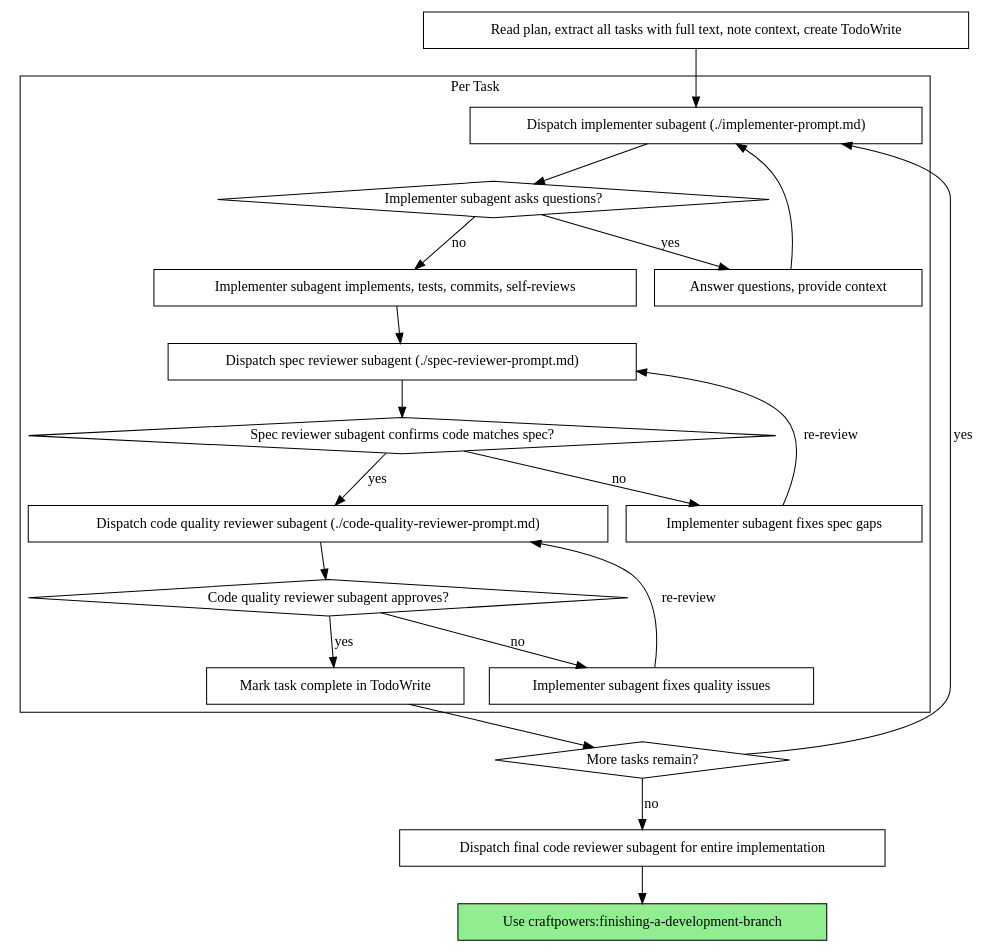
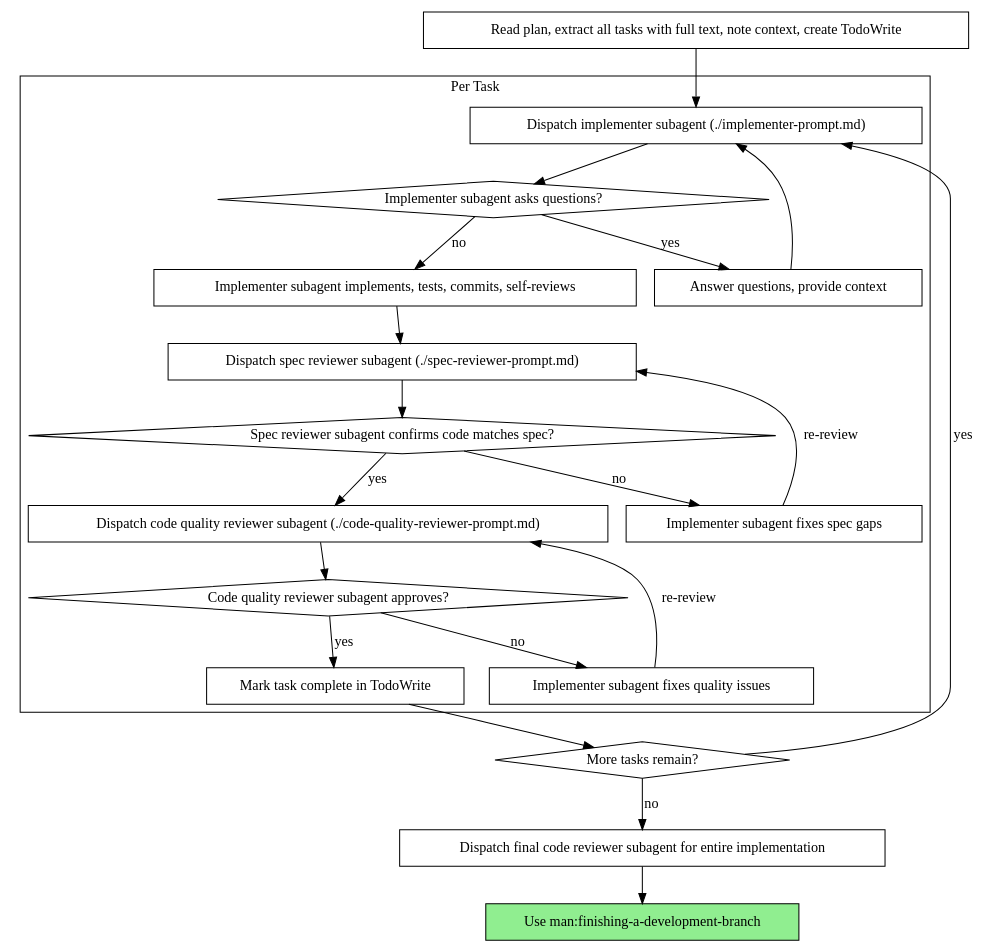
The second of 2 diagrams in skills/subagent-driven-development/SKILL.md (anhdt19942020/craftpowers), drawn with Graphviz before and after one commit. The commit also changed other lines of this file and 47 other files, not shown here.

First line of the commit message:
feat!: rename plugin namespace craftpowers/superpowers -> man

````diff
--- a/skills/subagent-driven-development/SKILL.md
+++ b/skills/subagent-driven-development/SKILL.md
@@ -43,44 +43,44 @@
 ```dot
 digraph process {
     rankdir=TB;
 
     subgraph cluster_per_task {
         label="Per Task";
         "Dispatch implementer subagent (./implementer-prompt.md)" [shape=box];
         "Implementer subagent asks questions?" [shape=diamond];
         "Answer questions, provide context" [shape=box];
         "Implementer subagent implements, tests, commits, self-reviews" [shape=box];
         "Dispatch spec reviewer subagent (./spec-reviewer-prompt.md)" [shape=box];
         "Spec reviewer subagent confirms code matches spec?" [shape=diamond];
         "Implementer subagent fixes spec gaps" [shape=box];
         "Dispatch code quality reviewer subagent (./code-quality-reviewer-prompt.md)" [shape=box];
         "Code quality reviewer subagent approves?" [shape=diamond];
         "Implementer subagent fixes quality issues" [shape=box];
         "Mark task complete in TodoWrite" [shape=box];
     }
 
     "Read plan, extract all tasks with full text, note context, create TodoWrite" [shape=box];
     "More tasks remain?" [shape=diamond];
     "Dispatch final code reviewer subagent for entire implementation" [shape=box];
-    "Use craftpowers:finishing-a-development-branch" [shape=box style=filled fillcolor=lightgreen];
+    "Use man:finishing-a-development-branch" [shape=box style=filled fillcolor=lightgreen];
 
     "Read plan, extract all tasks with full text, note context, create TodoWrite" -> "Dispatch implementer subagent (./implementer-prompt.md)";
     "Dispatch implementer subagent (./implementer-prompt.md)" -> "Implementer subagent asks questions?";
     "Implementer subagent asks questions?" -> "Answer questions, provide context" [label="yes"];
     "Answer questions, provide context" -> "Dispatch implementer subagent (./implementer-prompt.md)";
     "Implementer subagent asks questions?" -> "Implementer subagent implements, tests, commits, self-reviews" [label="no"];
     "Implementer subagent implements, tests, commits, self-reviews" -> "Dispatch spec reviewer subagent (./spec-reviewer-prompt.md)";
     "Dispatch spec reviewer subagent (./spec-reviewer-prompt.md)" -> "Spec reviewer subagent confirms code matches spec?";
     "Spec reviewer subagent confirms code matches spec?" -> "Implementer subagent fixes spec gaps" [label="no"];
     "Implementer subagent fixes spec gaps" -> "Dispatch spec reviewer subagent (./spec-reviewer-prompt.md)" [label="re-review"];
     "Spec reviewer subagent confirms code matches spec?" -> "Dispatch code quality reviewer subagent (./code-quality-reviewer-prompt.md)" [label="yes"];
     "Dispatch code quality reviewer subagent (./code-quality-reviewer-prompt.md)" -> "Code quality reviewer subagent approves?";
     "Code quality reviewer subagent approves?" -> "Implementer subagent fixes quality issues" [label="no"];
     "Implementer subagent fixes quality issues" -> "Dispatch code quality reviewer subagent (./code-quality-reviewer-prompt.md)" [label="re-review"];
     "Code quality reviewer subagent approves?" -> "Mark task complete in TodoWrite" [label="yes"];
     "Mark task complete in TodoWrite" -> "More tasks remain?";
     "More tasks remain?" -> "Dispatch implementer subagent (./implementer-prompt.md)" [label="yes"];
     "More tasks remain?" -> "Dispatch final code reviewer subagent for entire implementation" [label="no"];
-    "Dispatch final code reviewer subagent for entire implementation" -> "Use craftpowers:finishing-a-development-branch";
+    "Dispatch final code reviewer subagent for entire implementation" -> "Use man:finishing-a-development-branch";
 }
 ```
````
